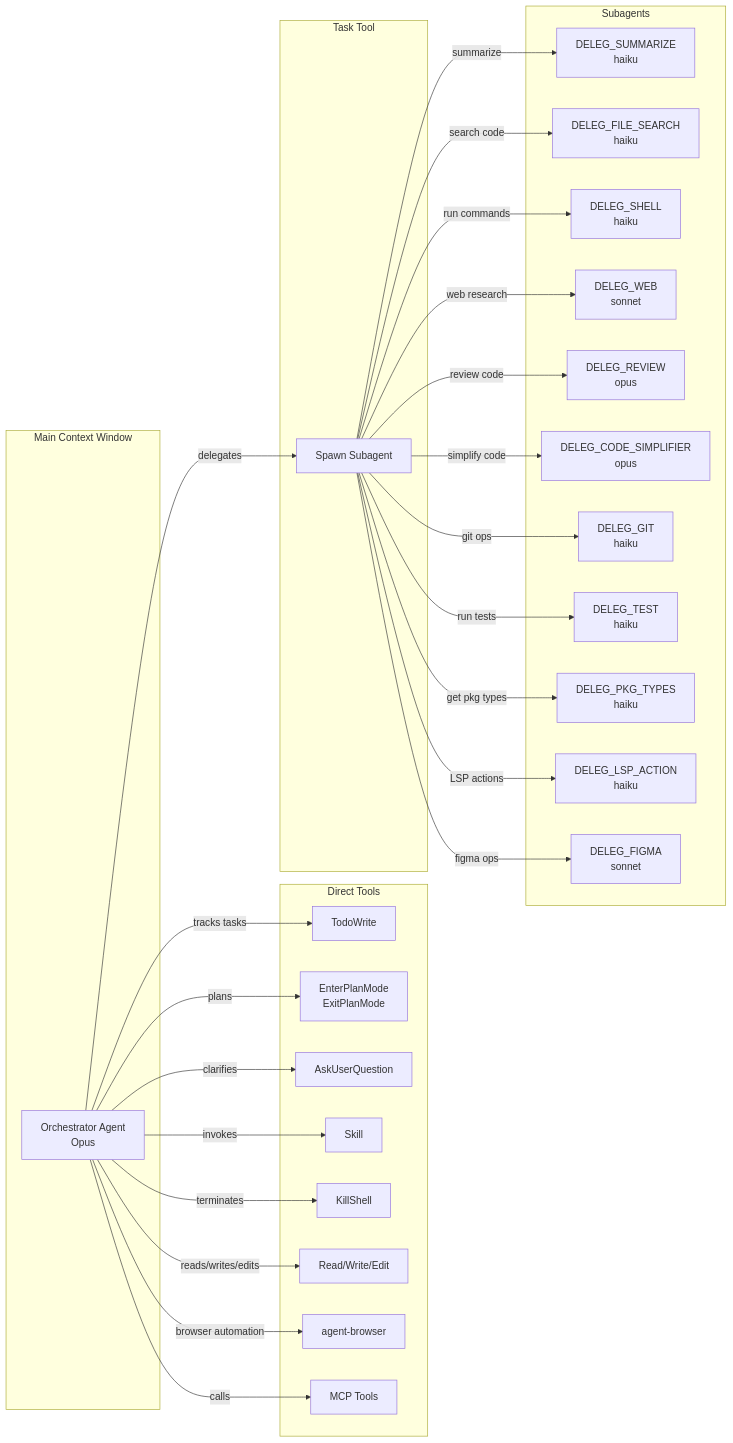
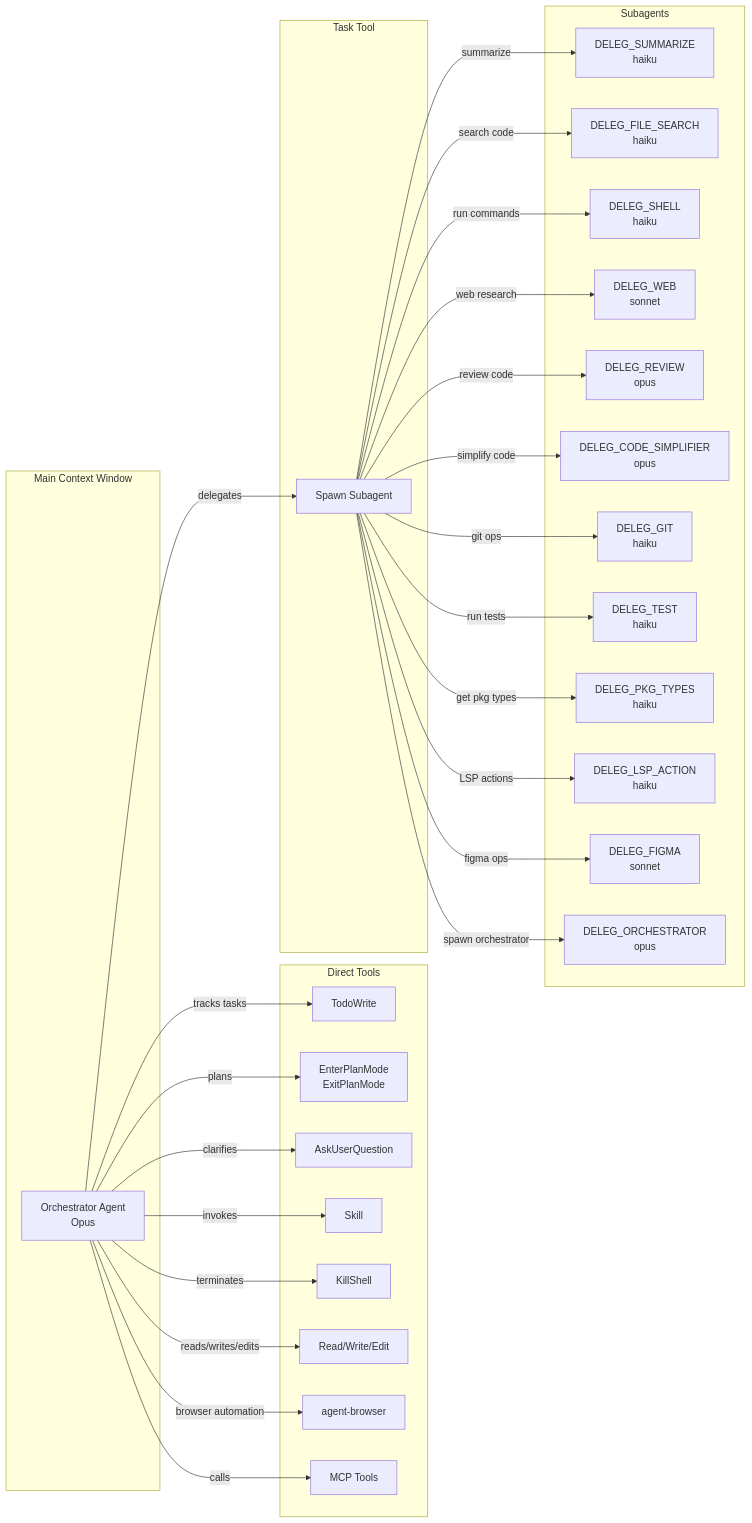
The diagram in .config/opencode/prompts/DELEG_ORCHESTRATOR.md (kentoje/dotfiles), drawn with Mermaid before and after one commit. The commit also changed other lines of this file and 3 other files, not shown here.

````diff
--- a/.config/opencode/prompts/DELEG_ORCHESTRATOR.md
+++ b/.config/opencode/prompts/DELEG_ORCHESTRATOR.md
@@ -5,56 +5,58 @@
 ```mermaid
 flowchart LR
     subgraph Main["Main Context Window"]
         O[Orchestrator Agent<br/>Opus]
     end
 
     subgraph Tools["Direct Tools"]
         TW[TodoWrite]
         PM[EnterPlanMode<br/>ExitPlanMode]
         AQ[AskUserQuestion]
         SK[Skill]
         KS[KillShell]
         RWE[Read/Write/Edit]
         AB[agent-browser]
         MCP[MCP Tools]
     end
 
     subgraph Task["Task Tool"]
         T[Spawn Subagent]
     end
 
     subgraph Subagents["Subagents"]
         SU[DELEG_SUMMARIZE<br/>haiku]
         FS[DELEG_FILE_SEARCH<br/>haiku]
         SH[DELEG_SHELL<br/>haiku]
         WB[DELEG_WEB<br/>sonnet]
         RV[DELEG_REVIEW<br/>opus]
         CS[DELEG_CODE_SIMPLIFIER<br/>opus]
         GT[DELEG_GIT<br/>haiku]
         TS[DELEG_TEST<br/>haiku]
         PT[DELEG_PKG_TYPES<br/>haiku]
         LA[DELEG_LSP_ACTION<br/>haiku]
         FG[DELEG_FIGMA<br/>sonnet]
+        OR[DELEG_ORCHESTRATOR<br/>opus]
     end
 
     O -->|tracks tasks| TW
     O -->|plans| PM
     O -->|clarifies| AQ
     O -->|invokes| SK
     O -->|terminates| KS
     O -->|reads/writes/edits| RWE
     O -->|browser automation| AB
     O -->|calls| MCP
     O -->|delegates| T
     T -->|summarize| SU
     T -->|search code| FS
     T -->|run commands| SH
     T -->|web research| WB
     T -->|review code| RV
     T -->|simplify code| CS
     T -->|git ops| GT
     T -->|run tests| TS
     T -->|get pkg types| PT
     T -->|LSP actions| LA
     T -->|figma ops| FG
+    T -->|spawn orchestrator| OR
 ```
````
